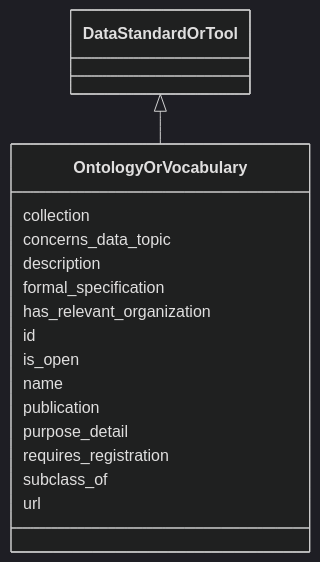
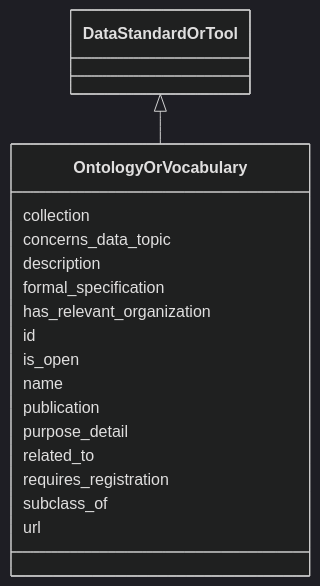
Before and after one commit to bridge2ai/standards-schemas: the diagram in docs/OntologyOrVocabulary.md, drawn with Mermaid (dark theme). The commit also changed other lines of this file and 65 other files, not shown here.

````diff
--- a/docs/OntologyOrVocabulary.md
+++ b/docs/OntologyOrVocabulary.md
@@ -11,20 +11,21 @@
 ```mermaid
  classDiagram
     class OntologyOrVocabulary
       DataStandardOrTool <|-- OntologyOrVocabulary
       
       OntologyOrVocabulary : collection
       OntologyOrVocabulary : concerns_data_topic
       OntologyOrVocabulary : description
       OntologyOrVocabulary : formal_specification
       OntologyOrVocabulary : has_relevant_organization
       OntologyOrVocabulary : id
       OntologyOrVocabulary : is_open
       OntologyOrVocabulary : name
       OntologyOrVocabulary : publication
       OntologyOrVocabulary : purpose_detail
+      OntologyOrVocabulary : related_to
       OntologyOrVocabulary : requires_registration
       OntologyOrVocabulary : subclass_of
       OntologyOrVocabulary : url
       
 ```
````
